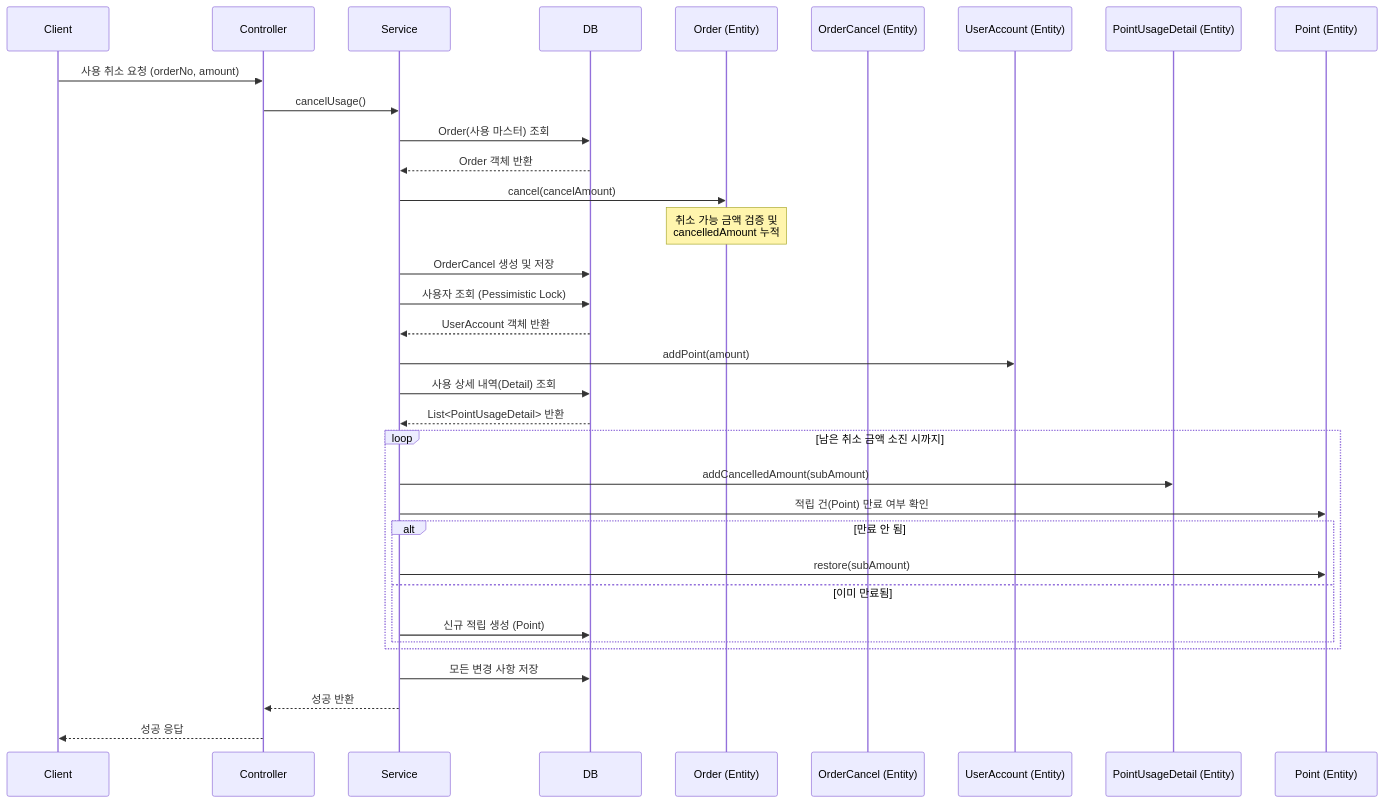
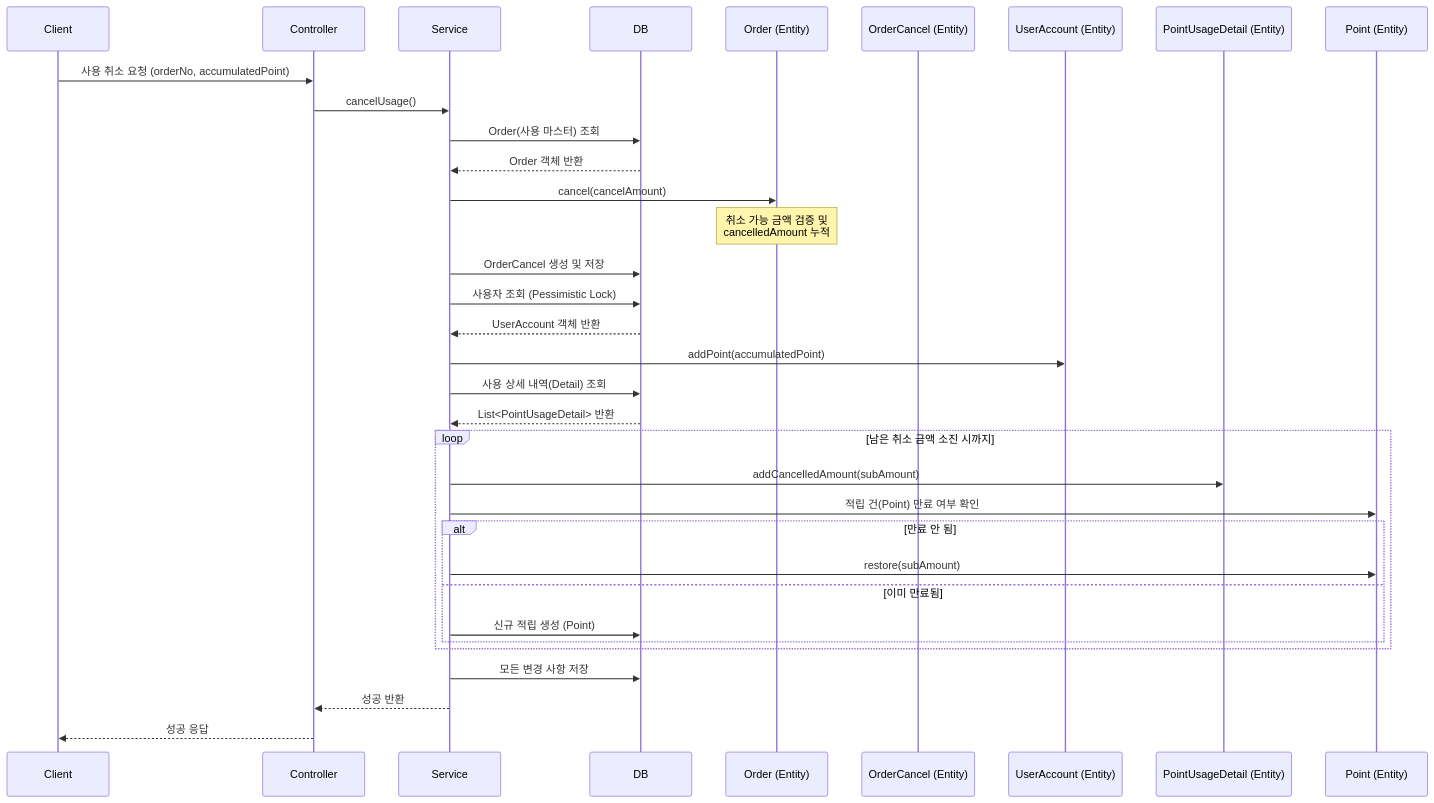
The diagram in docs/api/사용 취소.md (muzzaiwork/point), drawn with Mermaid before and after one commit. The commit also changed other lines of this file and 14 other files, not shown here.

Commit message:
Rename total to remaining in UserAccount and update Point entity field names

````diff
--- a/docs/api/사용 취소.md
+++ b/docs/api/사용 취소.md
@@ -58,42 +58,42 @@
 ```mermaid
 sequenceDiagram
     participant Client
     participant Controller
     participant Service
     participant DB
     participant OrderEntity as Order (Entity)
     participant CancelEntity as OrderCancel (Entity)
     participant UserAccountEntity as UserAccount (Entity)
     participant DetailEntity as PointUsageDetail (Entity)
     participant PointEntity as Point (Entity)
 
-    Client->>Controller: 사용 취소 요청 (orderNo, amount)
+    Client->>Controller: 사용 취소 요청 (orderNo, accumulatedPoint)
     Controller->>Service: cancelUsage()
     Service->>DB: Order(사용 마스터) 조회
     DB-->>Service: Order 객체 반환
     Service->>OrderEntity: cancel(cancelAmount)
     Note over OrderEntity: 취소 가능 금액 검증 및<br/>cancelledAmount 누적
     
     Service->>DB: OrderCancel 생성 및 저장
     
     Service->>DB: 사용자 조회 (Pessimistic Lock)
     DB-->>Service: UserAccount 객체 반환
-    Service->>UserAccountEntity: addPoint(amount)
+    Service->>UserAccountEntity: addPoint(accumulatedPoint)
     
     Service->>DB: 사용 상세 내역(Detail) 조회
     DB-->>Service: List<PointUsageDetail> 반환
     
     loop 남은 취소 금액 소진 시까지
         Service->>DetailEntity: addCancelledAmount(subAmount)
         Service->>PointEntity: 적립 건(Point) 만료 여부 확인
         alt 만료 안 됨
             Service->>PointEntity: restore(subAmount)
         else 이미 만료됨
             Service->>DB: 신규 적립 생성 (Point)
         end
     end
     
     Service->>DB: 모든 변경 사항 저장
     Service-->>Controller: 성공 반환
     Controller-->>Client: 성공 응답
 ```
````
